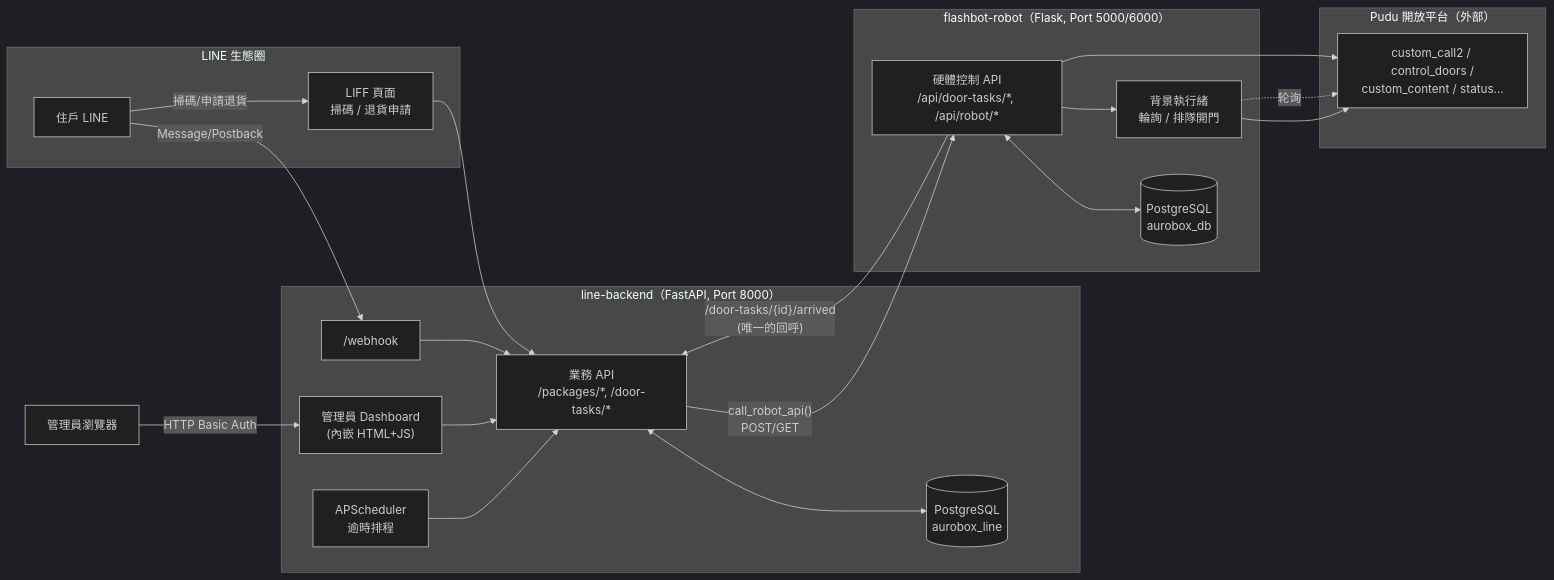
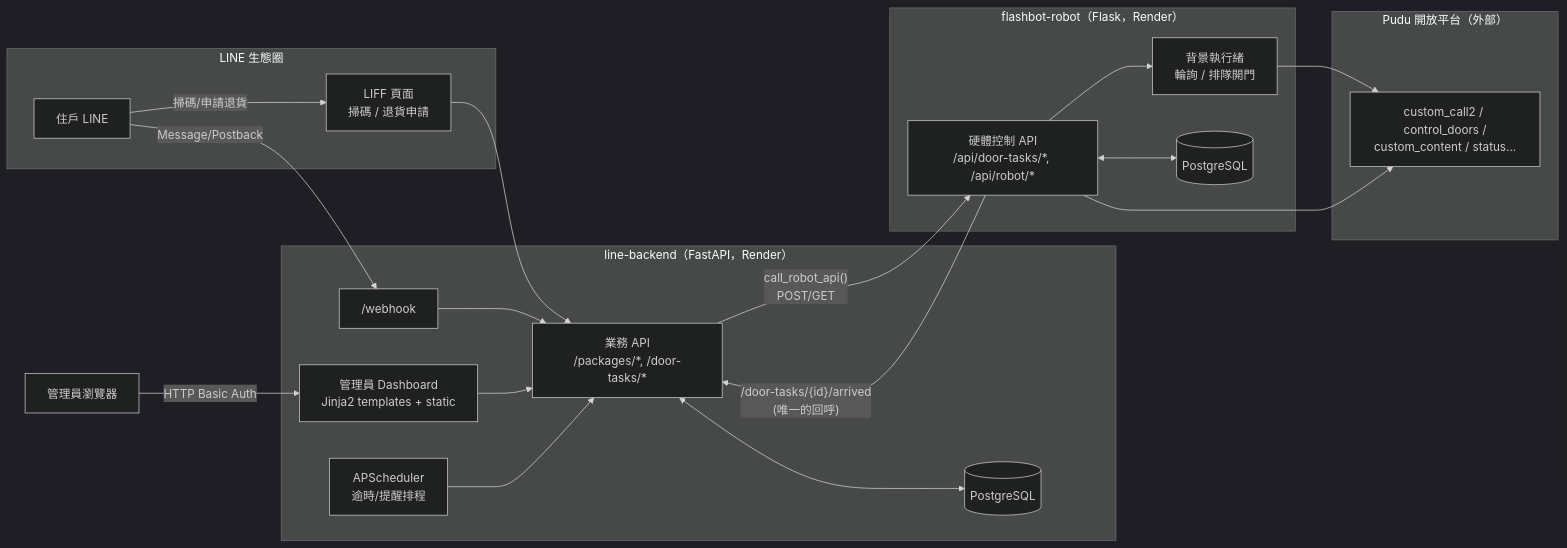
Before and after one commit to stephanieyenyu/AMR-System: the first of 3 diagrams in Aurobox-開發文件.md, drawn with Mermaid (dark theme). The commit also changed other lines of this file, not shown here.

````diff
--- a/Aurobox-開發文件.md
+++ b/Aurobox-開發文件.md
@@ -35,42 +30,41 @@
 ```mermaid
 flowchart LR
     subgraph LINE生態圈["LINE 生態圈"]
         User[住戶 LINE]
         LIFF[LIFF 頁面\n掃碼 / 退貨申請]
     end
 
-    subgraph LineBackend["line-backend（FastAPI, Port 8000）"]
+    subgraph LineBackend["line-backend（FastAPI，Render）"]
         Webhook["/webhook"]
         API["業務 API\n/packages/*, /door-tasks/*"]
-        Dashboard["管理員 Dashboard\n(內嵌 HTML+JS)"]
-        Scheduler["APScheduler\n逾時排程"]
-        DB1[(PostgreSQL\naurobox_line)]
+        Dashboard["管理員 Dashboard\nJinja2 templates + static"]
+        Scheduler["APScheduler\n逾時/提醒排程"]
+        DB1[(PostgreSQL)]
     end
 
-    subgraph RobotModule["flashbot-robot（Flask, Port 5000/6000）"]
+    subgraph RobotModule["flashbot-robot（Flask，Render）"]
         RobotAPI["硬體控制 API\n/api/door-tasks/*, /api/robot/*"]
         BgTasks["背景執行緒\n輪詢 / 排隊開門"]
-        DB2[(PostgreSQL\naurobox_db)]
+        DB2[(PostgreSQL)]
     end
 
     subgraph Pudu["Pudu 開放平台（外部）"]
         PuduAPI["custom_call2 / control_doors /\ncustom_content / status..."]
     end
 
     Admin[管理員瀏覽器] -->|HTTP Basic Auth| Dashboard
     User -->|Message/Postback| Webhook
     User -->|掃碼/申請退貨| LIFF
     LIFF --> API
     Webhook --> API
     Dashboard --> API
     API <--> DB1
     Scheduler --> API
 
     API -->|"call_robot_api()\nPOST/GET"| RobotAPI
     RobotAPI -->|"/door-tasks/{id}/arrived\n(唯一的回呼)"| API
     RobotAPI <--> DB2
     RobotAPI --> BgTasks
     BgTasks --> PuduAPI
     RobotAPI --> PuduAPI
-    BgTasks -.轮询.-> PuduAPI
 ```
````
